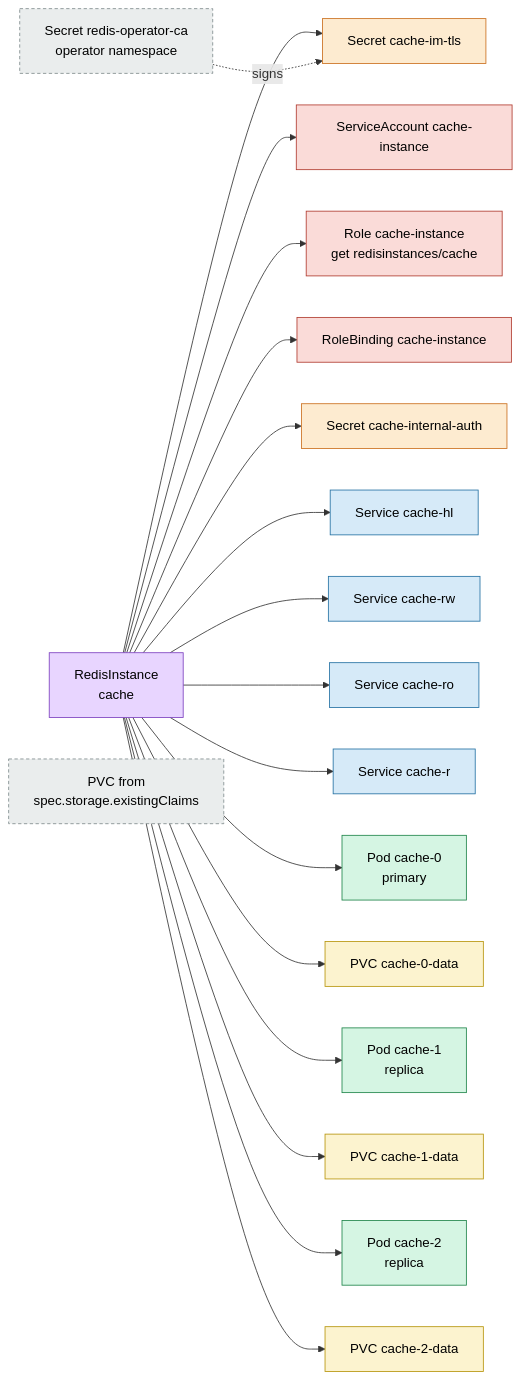
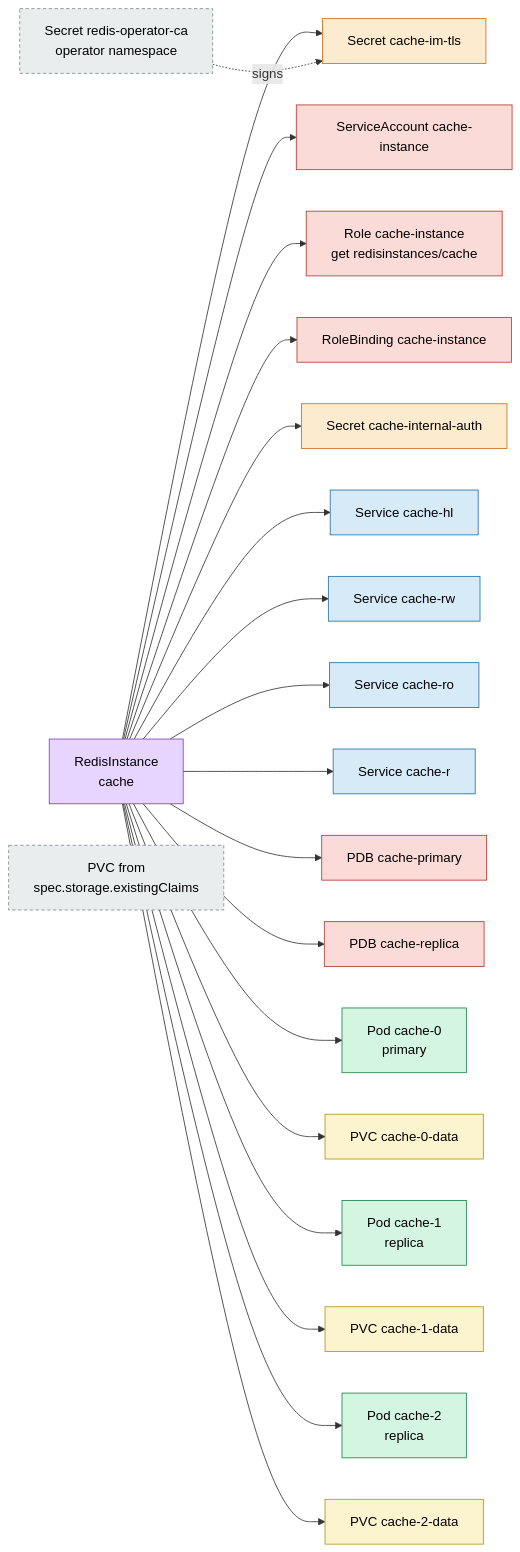
Before and after one commit to MrPickle311/redis-operator: the first of 9 diagrams in docs/architecture.md, drawn with Mermaid. The commit also changed other lines of this file and 13 other files, not shown here.

````diff
--- a/docs/architecture.md
+++ b/docs/architecture.md
@@ -13,32 +13,34 @@
 ```mermaid
 flowchart LR
     classDef cr fill:#e8d5ff,stroke:#7b3fbf,color:#000
     classDef pod fill:#d5f5e3,stroke:#1e8449,color:#000
     classDef svc fill:#d6eaf8,stroke:#2471a3,color:#000
     classDef secret fill:#fdebd0,stroke:#ca6f1e,color:#000
     classDef pvc fill:#fcf3cf,stroke:#b7950b,color:#000
     classDef rbac fill:#fadbd8,stroke:#b03a2e,color:#000
     classDef ext fill:#eaeded,stroke:#7f8c8d,color:#000,stroke-dasharray:4 3
 
     CA["Secret redis-operator-ca<br/>operator namespace"]:::ext
     RI["RedisInstance<br/>cache"]:::cr
     EXT["PVC from<br/>spec.storage.existingClaims"]:::ext
 
     RI --> SA["ServiceAccount cache-instance"]:::rbac
     RI --> ROLE["Role cache-instance<br/>get redisinstances/cache"]:::rbac
     RI --> RB["RoleBinding cache-instance"]:::rbac
     RI --> TLS["Secret cache-im-tls"]:::secret
     RI --> AUTH["Secret cache-internal-auth"]:::secret
     RI --> HL["Service cache-hl"]:::svc
     RI --> RW["Service cache-rw"]:::svc
     RI --> RO["Service cache-ro"]:::svc
     RI --> R["Service cache-r"]:::svc
+    RI --> PDBP["PDB cache-primary"]:::rbac
+    RI --> PDBR["PDB cache-replica"]:::rbac
     RI --> P0["Pod cache-0<br/>primary"]:::pod
     RI --> D0["PVC cache-0-data"]:::pvc
     RI --> P1["Pod cache-1<br/>replica"]:::pod
     RI --> D1["PVC cache-1-data"]:::pvc
     RI --> P2["Pod cache-2<br/>replica"]:::pod
     RI --> D2["PVC cache-2-data"]:::pvc
 
     CA -. signs .-> TLS
 ```
````
